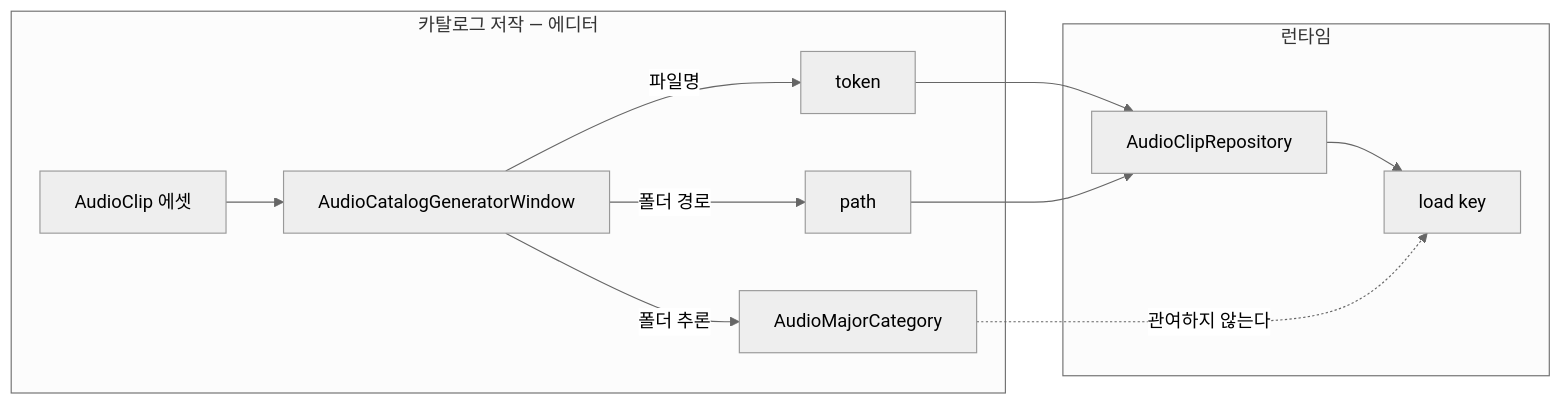
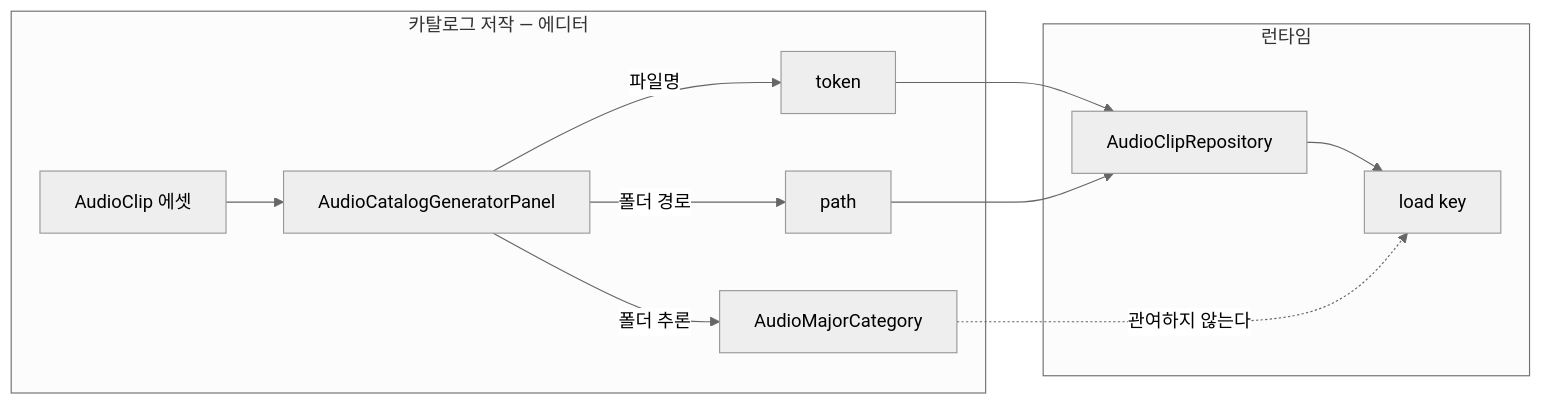
The ninth of 9 diagrams in HAudio/Runtime/README.md (HoHong123/HCUP-Unity), drawn with Mermaid (neutral theme) before and after one commit. The commit also changed other lines of this file, not shown here.

````diff
--- a/HAudio/Runtime/README.md
+++ b/HAudio/Runtime/README.md
@@ -380,15 +380,15 @@
 ```mermaid
 flowchart LR
     subgraph 저작["카탈로그 저작 — 에디터"]
-    F["AudioClip 에셋"] --> G["AudioCatalogGeneratorWindow"]
+    F["AudioClip 에셋"] --> G["AudioCatalogGeneratorPanel"]
     G -->|"파일명"| T["token"]
     G -->|"폴더 추론"| M["AudioMajorCategory"]
     G -->|"폴더 경로"| P2["path"]
     end
     subgraph 런타임
     T --> R["AudioClipRepository"]
     P2 --> R
     R --> L["load key"]
     M -.->|"관여하지 않는다"| L
     end
 ```
````
